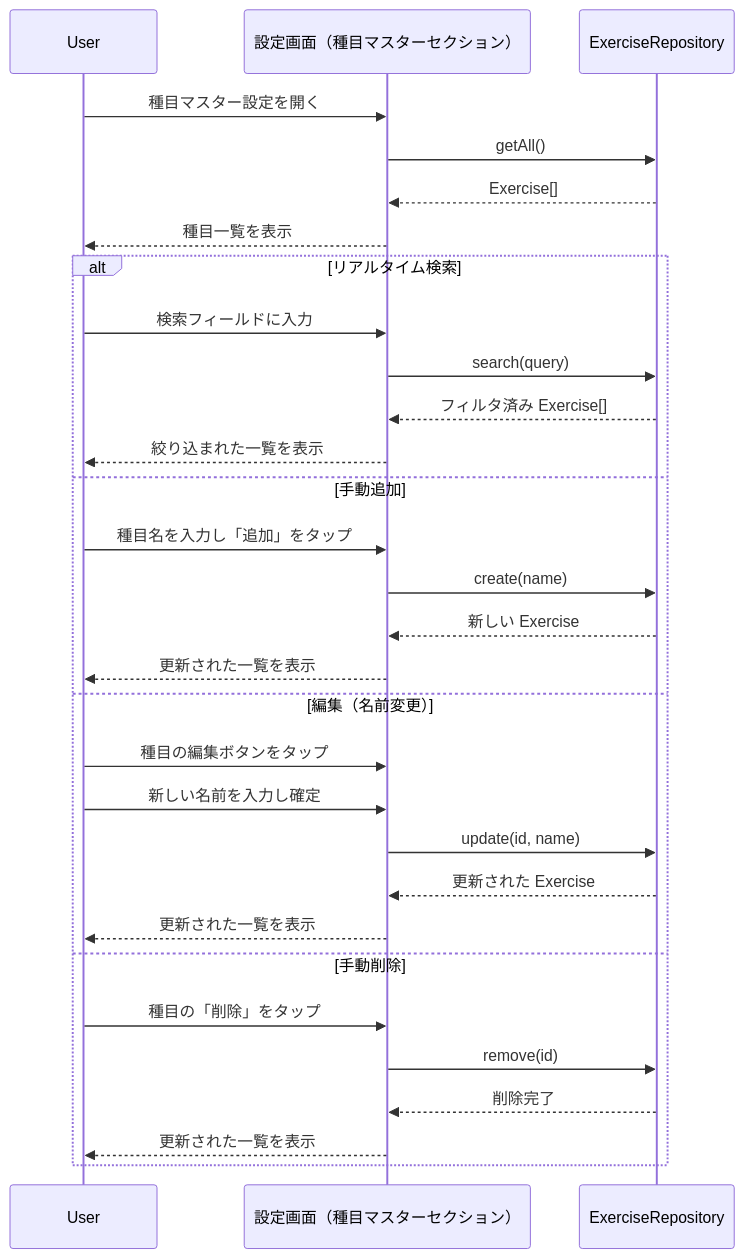
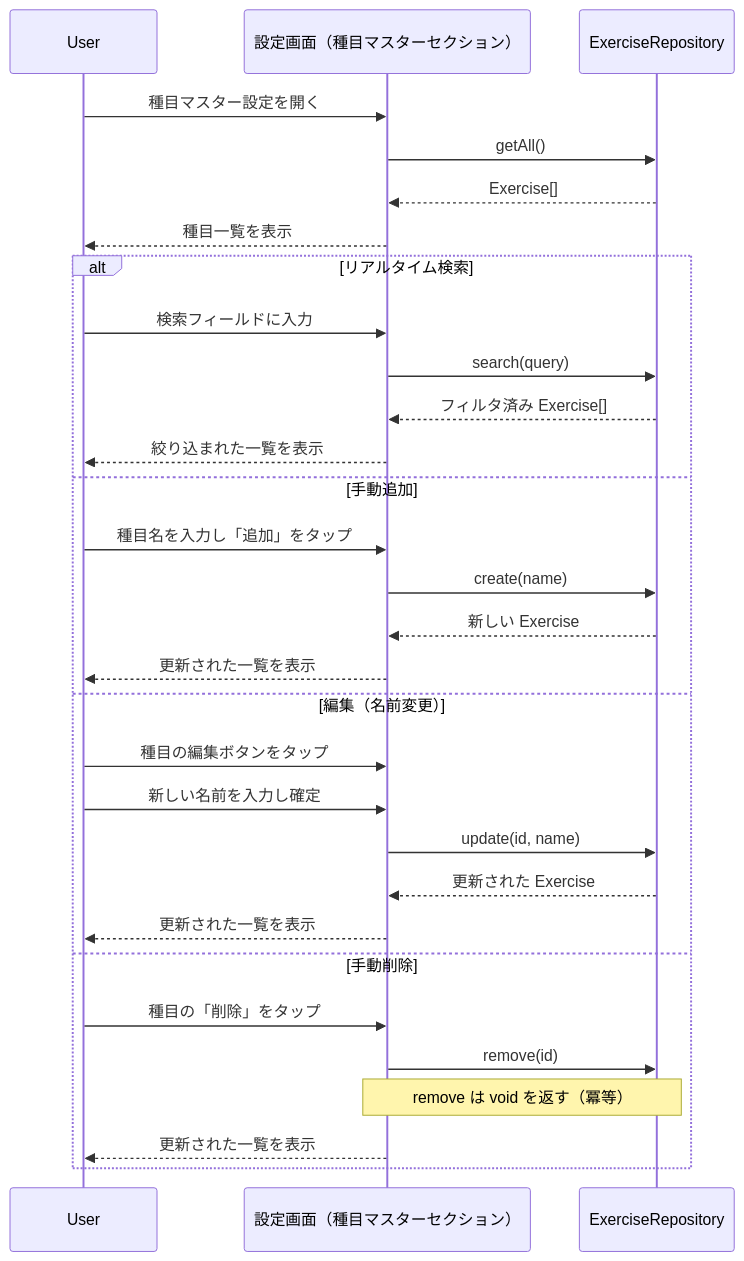
Before and after one commit to SakumaTakuya/gymini: the second of 2 diagrams in .sdd/specification/exercise-master/index_spec.md, drawn with Mermaid. The commit also changed other lines of this file and 4 other files, not shown here.

````diff
--- a/.sdd/specification/exercise-master/index_spec.md
+++ b/.sdd/specification/exercise-master/index_spec.md
@@ -174,34 +174,34 @@
 ```mermaid
 sequenceDiagram
     participant User
     participant SettingsUI as 設定画面（種目マスターセクション）
     participant ExerciseRepository
 
     User->>SettingsUI: 種目マスター設定を開く
     SettingsUI->>ExerciseRepository: getAll()
     ExerciseRepository-->>SettingsUI: Exercise[]
     SettingsUI-->>User: 種目一覧を表示
 
     alt リアルタイム検索
         User->>SettingsUI: 検索フィールドに入力
         SettingsUI->>ExerciseRepository: search(query)
         ExerciseRepository-->>SettingsUI: フィルタ済み Exercise[]
         SettingsUI-->>User: 絞り込まれた一覧を表示
     else 手動追加
         User->>SettingsUI: 種目名を入力し「追加」をタップ
         SettingsUI->>ExerciseRepository: create(name)
         ExerciseRepository-->>SettingsUI: 新しい Exercise
         SettingsUI-->>User: 更新された一覧を表示
     else 編集（名前変更）
         User->>SettingsUI: 種目の編集ボタンをタップ
         User->>SettingsUI: 新しい名前を入力し確定
         SettingsUI->>ExerciseRepository: update(id, name)
         ExerciseRepository-->>SettingsUI: 更新された Exercise
         SettingsUI-->>User: 更新された一覧を表示
     else 手動削除
         User->>SettingsUI: 種目の「削除」をタップ
         SettingsUI->>ExerciseRepository: remove(id)
-        ExerciseRepository-->>SettingsUI: 削除完了
+        note over ExerciseRepository,SettingsUI: remove は void を返す（冪等）
         SettingsUI-->>User: 更新された一覧を表示
     end
 ```
````
